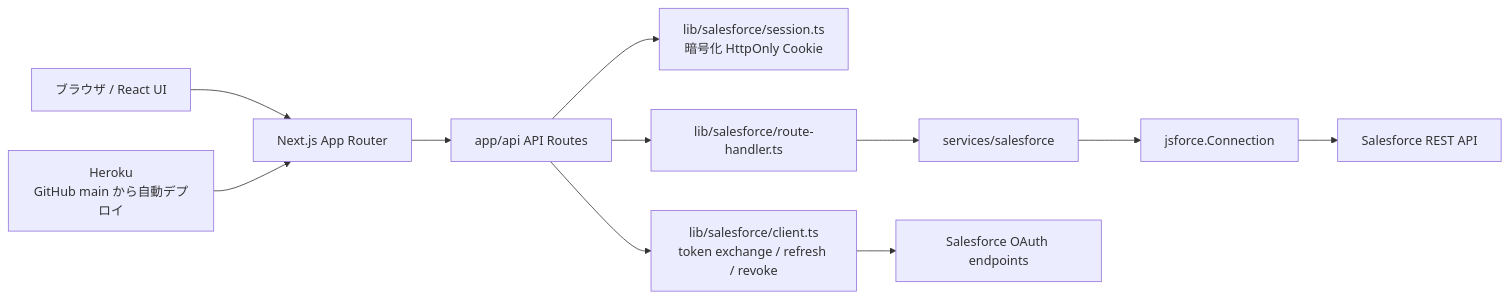
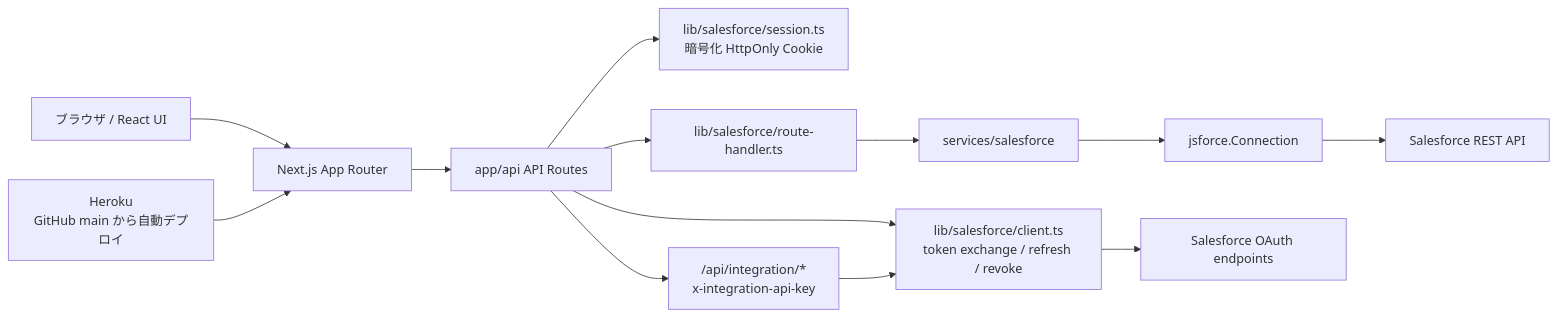
One commit to tyoshikawa1106/salesforce-api-playground changed the first of 3 diagrams in docs/architecture/system-overview.md. Above: the diagram before and after it, drawn with Mermaid. The commit also changed other lines of this file and 8 other files, not shown here.

````diff
--- a/docs/architecture/system-overview.md
+++ b/docs/architecture/system-overview.md
@@ -15,13 +15,15 @@
 ```mermaid
 flowchart LR
     Browser["ブラウザ / React UI"] --> App["Next.js App Router"]
     App --> Api["app/api API Routes"]
     Api --> Session["lib/salesforce/session.ts<br/>暗号化 HttpOnly Cookie"]
     Api --> RouteHandler["lib/salesforce/route-handler.ts"]
     RouteHandler --> Service["services/salesforce"]
     Service --> Jsforce["jsforce.Connection"]
     Jsforce --> Salesforce["Salesforce REST API"]
     Api --> OAuthClient["lib/salesforce/client.ts<br/>token exchange / refresh / revoke"]
     OAuthClient --> SalesforceOAuth["Salesforce OAuth endpoints"]
+    Api --> IntegrationApi["/api/integration/*<br/>x-integration-api-key"]
+    IntegrationApi --> OAuthClient
     Heroku["Heroku<br/>GitHub main から自動デプロイ"] --> App
 ```
````
